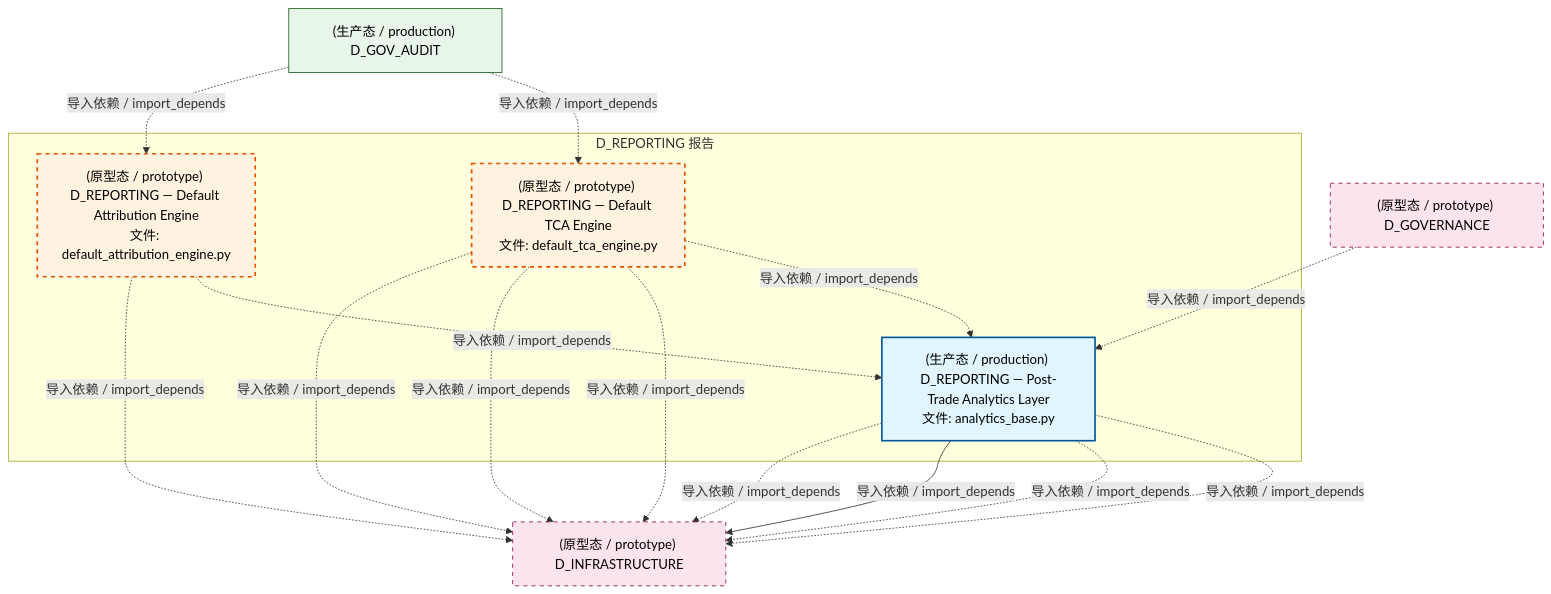
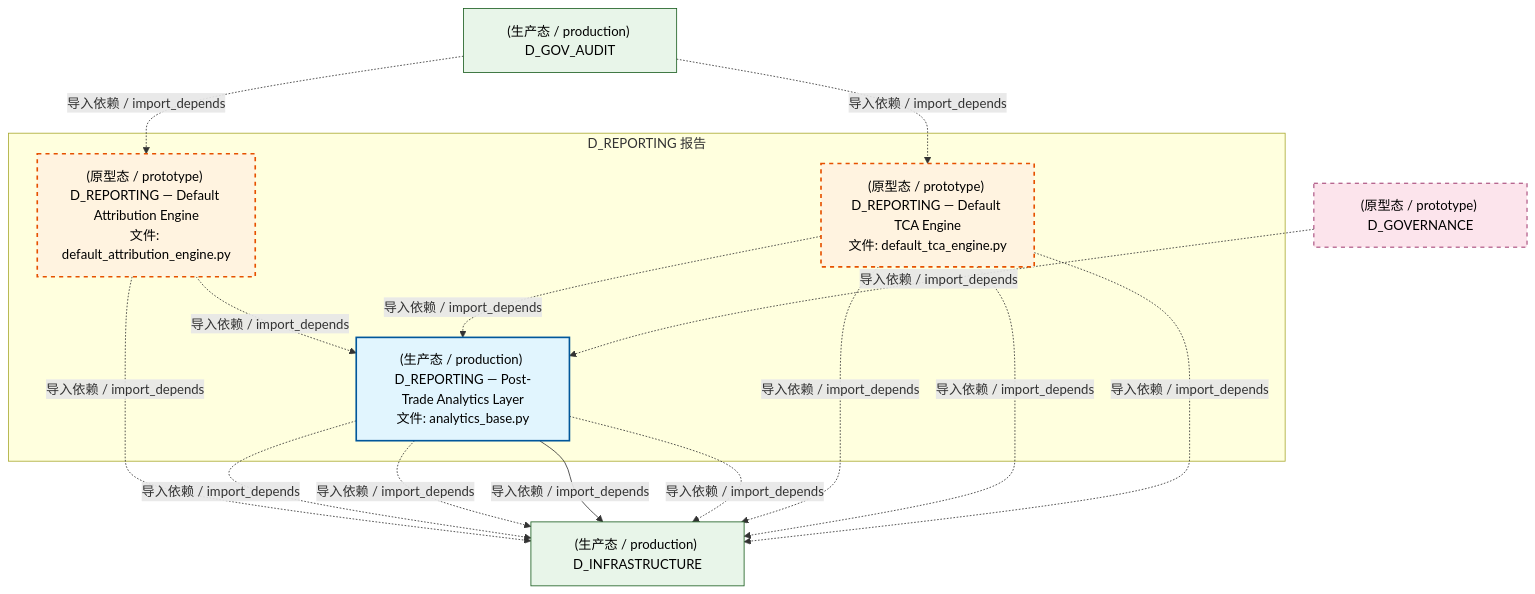
One commit to xuanFelixVan/ZephyrAlpha changed the first of 4 diagrams in docs/02_enterprise_architecture/02_domain_architecture_docs/23_d_reporting.md. Above: the diagram before and after it, drawn with Mermaid. The commit also changed other lines of this file and 101 other files, not shown here.

````diff
--- a/docs/02_enterprise_architecture/02_domain_architecture_docs/23_d_reporting.md
+++ b/docs/02_enterprise_architecture/02_domain_architecture_docs/23_d_reporting.md
@@ -65,32 +65,32 @@
 ```mermaid
 graph TD
     subgraph D_REPORTING["D_REPORTING 报告"]
         src_zephyr_reporting_analytics_base_py["(生产态 / production) D_REPORTING — Post-Trade Analytics Layer<br/>文件: analytics_base.py"]
         src_zephyr_reporting_default_attribution_engine_py["(原型态 / prototype) D_REPORTING — Default Attribution Engine<br/>文件: default_attribution_engine.py"]
         src_zephyr_reporting_default_tca_engine_py["(原型态 / prototype) D_REPORTING — Default TCA Engine<br/>文件: default_tca_engine.py"]
     end
+    src_zephyr_reporting_default_attribution_engine_py -.->|导入依赖 / import_depends| src_zephyr_reporting_analytics_base_py
     src_zephyr_reporting_default_tca_engine_py -.->|导入依赖 / import_depends| src_zephyr_reporting_analytics_base_py
-    src_zephyr_reporting_default_attribution_engine_py -.->|导入依赖 / import_depends| src_zephyr_reporting_analytics_base_py
-    D_INFRASTRUCTURE["(原型态 / prototype) D_INFRASTRUCTURE"]
+    D_INFRASTRUCTURE["(生产态 / production) D_INFRASTRUCTURE"]
+    src_zephyr_reporting_default_attribution_engine_py -.->|导入依赖 / import_depends| D_INFRASTRUCTURE
     src_zephyr_reporting_analytics_base_py -.->|导入依赖 / import_depends| D_INFRASTRUCTURE
     src_zephyr_reporting_analytics_base_py -.->|导入依赖 / import_depends| D_INFRASTRUCTURE
     src_zephyr_reporting_analytics_base_py -->|导入依赖 / import_depends| D_INFRASTRUCTURE
     src_zephyr_reporting_analytics_base_py -.->|导入依赖 / import_depends| D_INFRASTRUCTURE
     src_zephyr_reporting_default_tca_engine_py -.->|导入依赖 / import_depends| D_INFRASTRUCTURE
     src_zephyr_reporting_default_tca_engine_py -.->|导入依赖 / import_depends| D_INFRASTRUCTURE
     src_zephyr_reporting_default_tca_engine_py -.->|导入依赖 / import_depends| D_INFRASTRUCTURE
-    src_zephyr_reporting_default_attribution_engine_py -.->|导入依赖 / import_depends| D_INFRASTRUCTURE
     D_GOV_AUDIT["(生产态 / production) D_GOV_AUDIT"]
     D_GOV_AUDIT -.->|导入依赖 / import_depends| src_zephyr_reporting_default_tca_engine_py
     D_GOV_AUDIT -.->|导入依赖 / import_depends| src_zephyr_reporting_default_attribution_engine_py
     D_GOVERNANCE["(原型态 / prototype) D_GOVERNANCE"]
     D_GOVERNANCE -.->|导入依赖 / import_depends| src_zephyr_reporting_analytics_base_py
     classDef production fill:#e1f5fe,stroke:#01579b,stroke-width:2px,color:#000
     classDef design fill:#fff3e0,stroke:#e65100,stroke-width:2px,color:#000,stroke-dasharray: 5 5
     classDef external_prod fill:#e8f5e9,stroke:#1b5e20,stroke-width:1px,color:#000
     classDef external_design fill:#fce4ec,stroke:#880e4f,stroke-width:1px,color:#000,stroke-dasharray: 5 5
     class src_zephyr_reporting_analytics_base_py production
     class src_zephyr_reporting_default_attribution_engine_py,src_zephyr_reporting_default_tca_engine_py design
-    class D_GOV_AUDIT external_prod
-    class D_INFRASTRUCTURE,D_GOVERNANCE external_design
+    class D_INFRASTRUCTURE,D_GOV_AUDIT external_prod
+    class D_GOVERNANCE external_design
 ```
````
